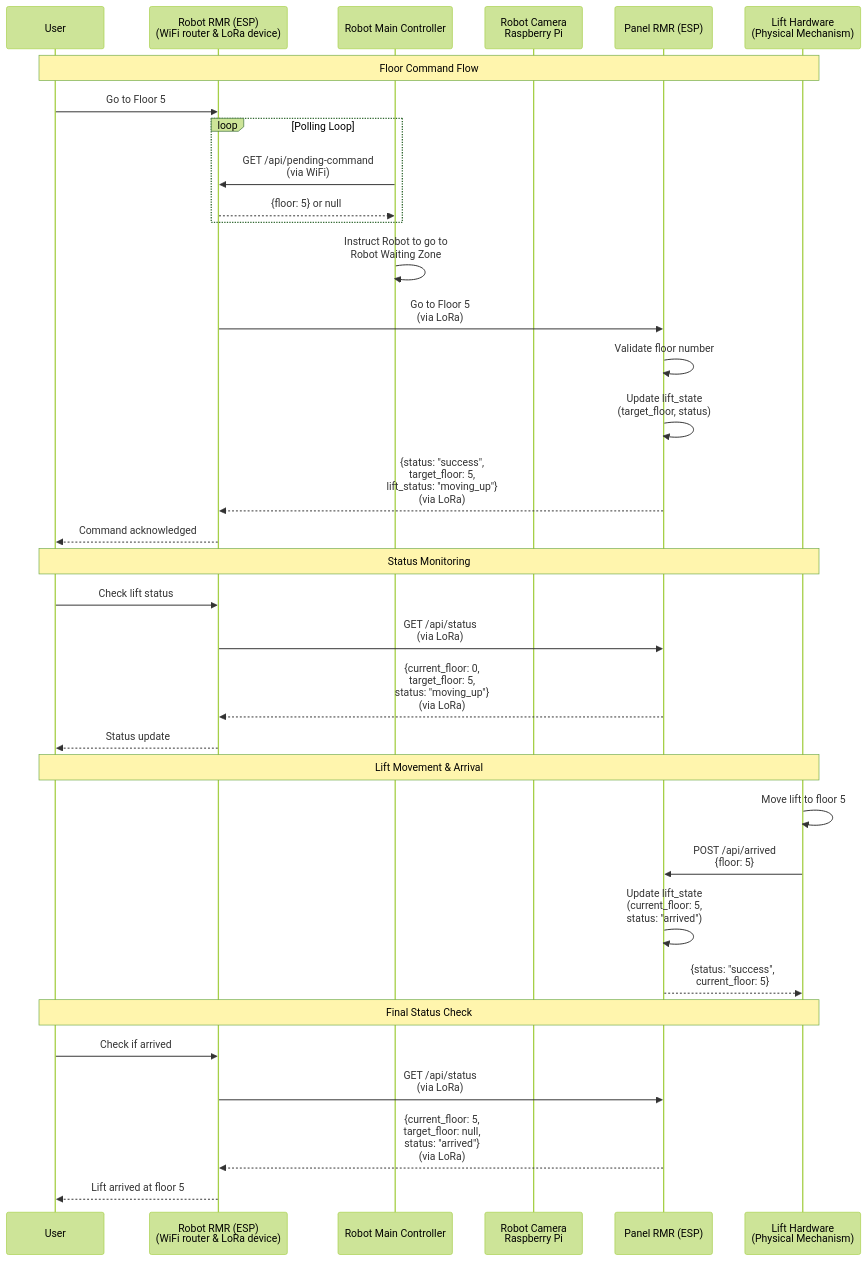
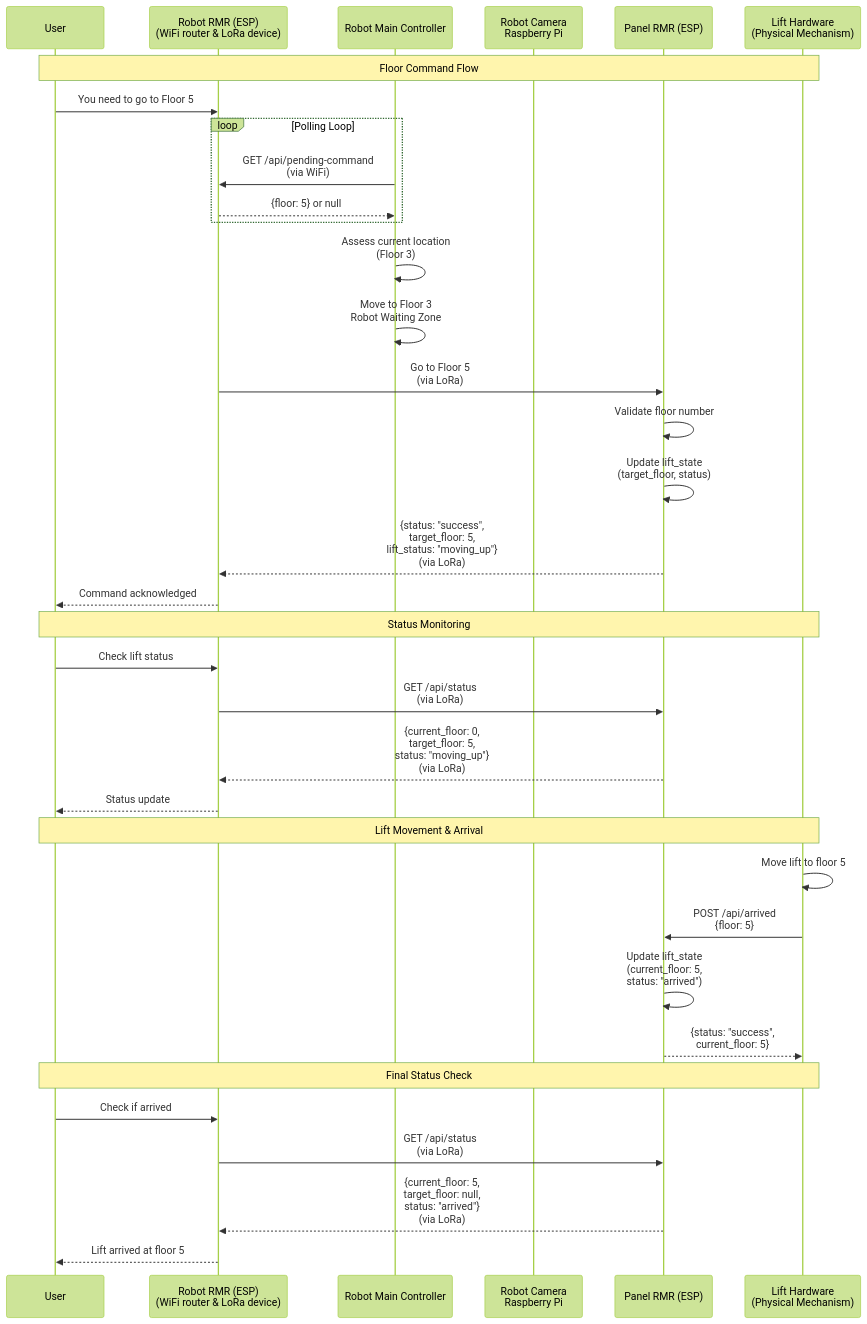
The first of 2 diagrams in sequence_diagram.md (in-is-ah/rmr), drawn with Mermaid (forest theme) before and after one commit.

````diff
--- a/sequence_diagram.md
+++ b/sequence_diagram.md
@@ -5,40 +5,41 @@
 ```mermaid
 sequenceDiagram
     participant User
     participant ClientPi as Robot RMR (ESP)<br/>(WiFi router & LoRa device)
     participant RobotMainController as Robot Main Controller
     participant CameraModule as Robot Camera<br/>Raspberry Pi
     participant LiftService as Panel RMR (ESP)
     participant LiftHardware as Lift Hardware<br/>(Physical Mechanism)
 
     Note over User,LiftHardware: Floor Command Flow
-    User->>ClientPi: Go to Floor 5
+    User->>ClientPi: You need to go to Floor 5
     loop Polling Loop
         RobotMainController->>ClientPi: GET /api/pending-command<br/>(via WiFi)
         ClientPi-->>RobotMainController: {floor: 5} or null
     end
-    RobotMainController->>RobotMainController: Instruct Robot to go to<br/>Robot Waiting Zone
+    RobotMainController->>RobotMainController: Assess current location<br/>(Floor 3)
+    RobotMainController->>RobotMainController: Move to Floor 3<br/>Robot Waiting Zone
     ClientPi->>LiftService: Go to Floor 5<br/>(via LoRa)
     LiftService->>LiftService: Validate floor number
     LiftService->>LiftService: Update lift_state<br/>(target_floor, status)
     LiftService-->>ClientPi: {status: "success",<br/>target_floor: 5,<br/>lift_status: "moving_up"}<br/>(via LoRa)
     ClientPi-->>User: Command acknowledged
     
     Note over User,LiftHardware: Status Monitoring
     User->>ClientPi: Check lift status
     ClientPi->>LiftService: GET /api/status<br/>(via LoRa)
     LiftService-->>ClientPi: {current_floor: 0,<br/>target_floor: 5,<br/>status: "moving_up"}<br/>(via LoRa)
     ClientPi-->>User: Status update
     
     Note over User,LiftHardware: Lift Movement & Arrival
     LiftHardware->>LiftHardware: Move lift to floor 5
     LiftHardware->>LiftService: POST /api/arrived<br/>{floor: 5}
     LiftService->>LiftService: Update lift_state<br/>(current_floor: 5,<br/>status: "arrived")
     LiftService-->>LiftHardware: {status: "success",<br/>current_floor: 5}
     
     Note over User,LiftHardware: Final Status Check
     User->>ClientPi: Check if arrived
     ClientPi->>LiftService: GET /api/status<br/>(via LoRa)
     LiftService-->>ClientPi: {current_floor: 5,<br/>target_floor: null,<br/>status: "arrived"}<br/>(via LoRa)
     ClientPi-->>User: Lift arrived at floor 5
 ```
````
